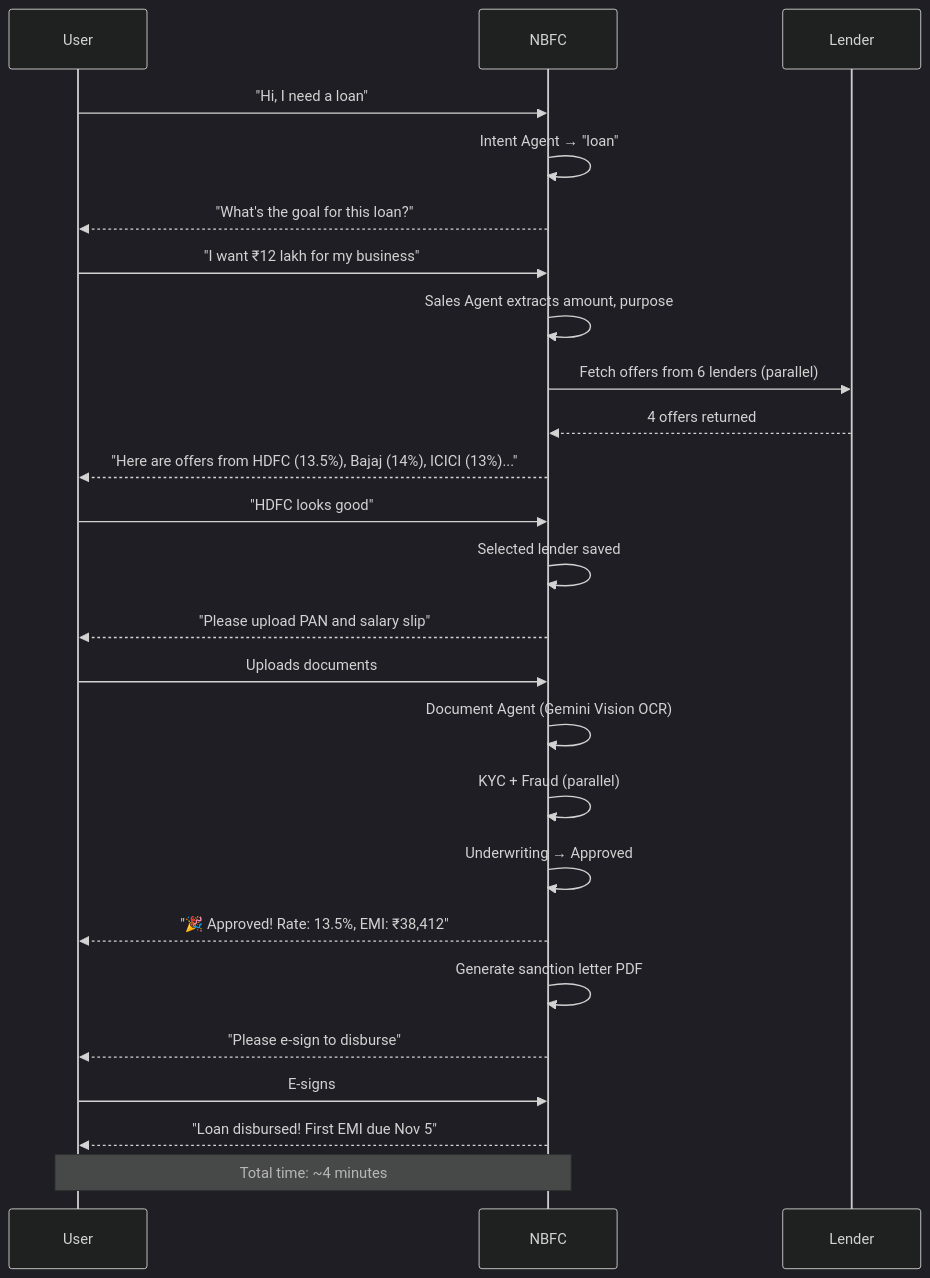
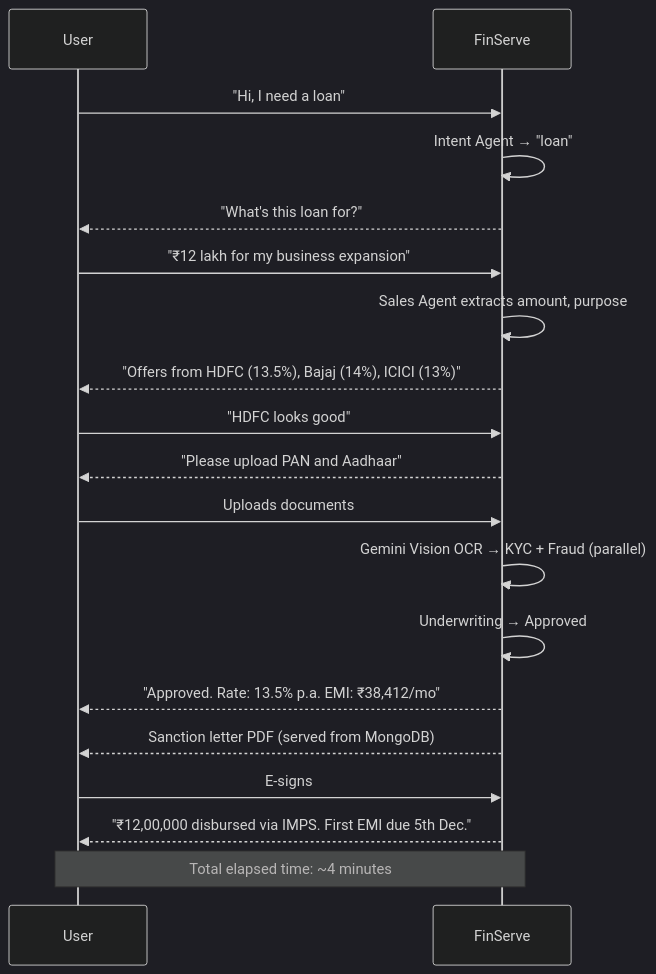
One commit to SarangRao20/NBFC changed the fourth of 5 diagrams in README.md. Above: the diagram before and after it, drawn with Mermaid (dark theme). The commit also changed other lines of this file and 2 other files, not shown here.

First line of the commit message:
docs: rewrite README to reflect current system architecture and capabilities

````diff
--- a/README.md
+++ b/README.md
@@ -390,28 +384,22 @@
 ```mermaid
 sequenceDiagram
     participant User
-    participant NBFC
-    participant Lender
+    participant FinServe
 
-    User->>NBFC: "Hi, I need a loan"
-    NBFC->>NBFC: Intent Agent → "loan"
-    NBFC-->>User: "What's the goal for this loan?"
-    User->>NBFC: "I want ₹12 lakh for my business"
-    NBFC->>NBFC: Sales Agent extracts amount, purpose
-    NBFC->>Lender: Fetch offers from 6 lenders (parallel)
-    Lender-->>NBFC: 4 offers returned
-    NBFC-->>User: "Here are offers from HDFC (13.5%), Bajaj (14%), ICICI (13%)..."
-    User->>NBFC: "HDFC looks good"
-    NBFC->>NBFC: Selected lender saved
-    NBFC-->>User: "Please upload PAN and salary slip"
-    User->>NBFC: Uploads documents
-    NBFC->>NBFC: Document Agent (Gemini Vision OCR)
-    NBFC->>NBFC: KYC + Fraud (parallel)
-    NBFC->>NBFC: Underwriting → Approved
-    NBFC-->>User: "🎉 Approved! Rate: 13.5%, EMI: ₹38,412"
-    NBFC->>NBFC: Generate sanction letter PDF
-    NBFC-->>User: "Please e-sign to disburse"
-    User->>NBFC: E-signs
-    NBFC-->>User: "Loan disbursed! First EMI due Nov 5"
-    Note over User,NBFC: Total time: ~4 minutes
+    User->>FinServe: "Hi, I need a loan"
+    FinServe->>FinServe: Intent Agent → "loan"
+    FinServe-->>User: "What's this loan for?"
+    User->>FinServe: "₹12 lakh for my business expansion"
+    FinServe->>FinServe: Sales Agent extracts amount, purpose
+    FinServe-->>User: "Offers from HDFC (13.5%), Bajaj (14%), ICICI (13%)"
+    User->>FinServe: "HDFC looks good"
+    FinServe-->>User: "Please upload PAN and Aadhaar"
+    User->>FinServe: Uploads documents
+    FinServe->>FinServe: Gemini Vision OCR → KYC + Fraud (parallel)
+    FinServe->>FinServe: Underwriting → Approved
+    FinServe-->>User: "Approved. Rate: 13.5% p.a. EMI: ₹38,412/mo"
+    FinServe-->>User: Sanction letter PDF (served from MongoDB)
+    User->>FinServe: E-signs
+    FinServe-->>User: "₹12,00,000 disbursed via IMPS. First EMI due 5th Dec."
+    Note over User,FinServe: Total elapsed time: ~4 minutes
 ```
````
